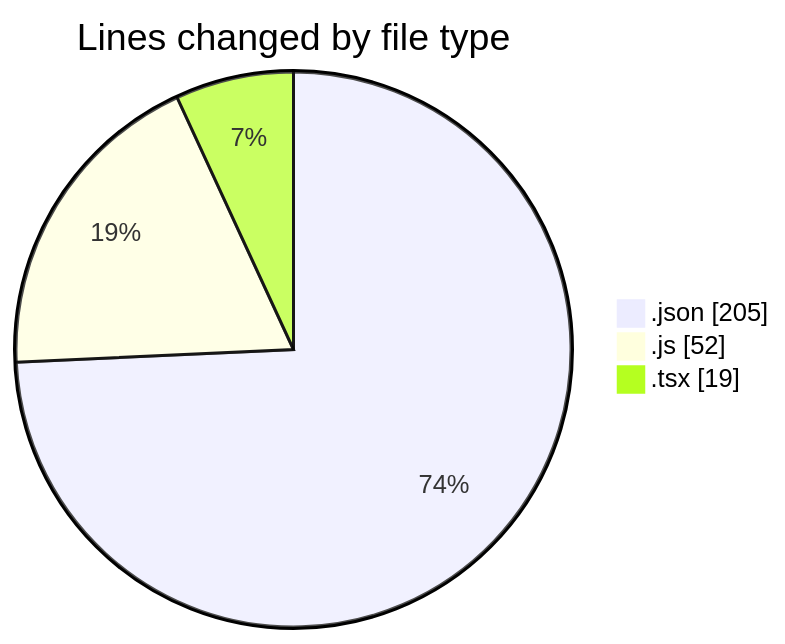
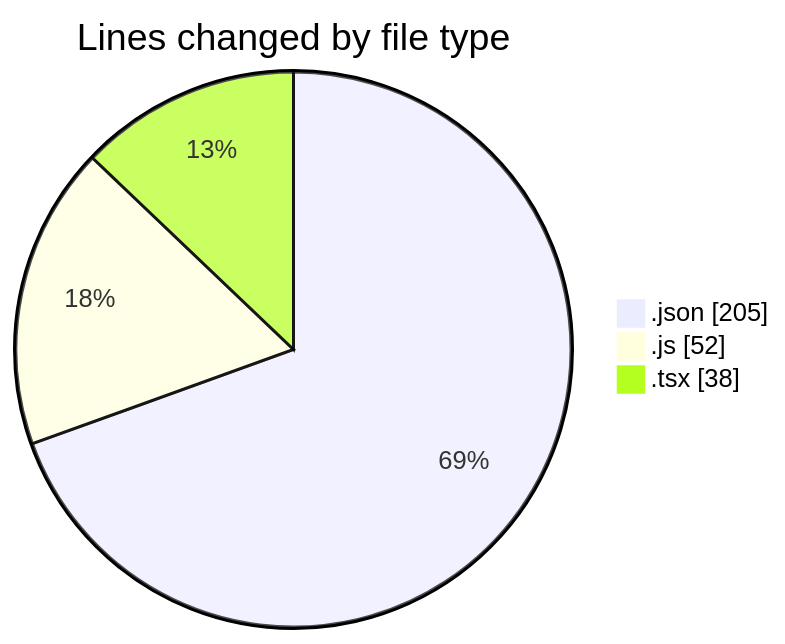
Before and after one commit to Elitesun/code-tracking: the first of 2 diagrams in 2025-04-01/product-detail-page/README.md, drawn with Mermaid. The commit also changed other lines of this file and 1 other file, not shown here.

````diff
--- a/2025-04-01/product-detail-page/README.md
+++ b/2025-04-01/product-detail-page/README.md
@@ -25,7 +25,7 @@
 ```mermaid
 pie showData
 title Lines changed by file type
 ".json" : 205
 ".js" : 52
-".tsx" : 19
+".tsx" : 38
 ```
````
